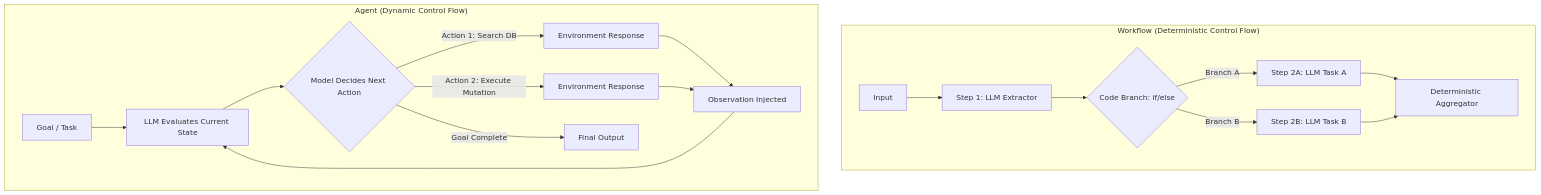
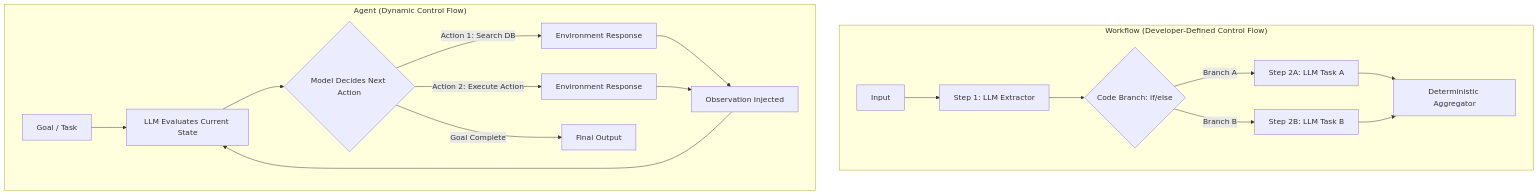
The fourth of 14 diagrams in module-01-agentic-ai-foundations/content/01-from-generative-ai-to-agentic-control-loops.md (sivaskm/agentic-ai-engineering), drawn with Mermaid before and after one commit. The commit also changed other lines of this file and 8 other files, not shown here.

````diff
--- a/module-01-agentic-ai-foundations/content/01-from-generative-ai-to-agentic-control-loops.md
+++ b/module-01-agentic-ai-foundations/content/01-from-generative-ai-to-agentic-control-loops.md
@@ -155,22 +177,22 @@
 ```mermaid
 graph TD
-    subgraph Workflow ["Workflow (Deterministic Control Flow)"]
+    subgraph Workflow ["Workflow (Developer-Defined Control Flow)"]
         W1[Input] --> W2[Step 1: LLM Extractor]
         W2 --> W3{Code Branch: if/else}
         W3 -->|Branch A| W4[Step 2A: LLM Task A]
         W3 -->|Branch B| W5[Step 2B: LLM Task B]
         W4 --> W6[Deterministic Aggregator]
         W5 --> W6
     end
 
     subgraph Agent ["Agent (Dynamic Control Flow)"]
         A1[Goal / Task] --> A2[LLM Evaluates Current State]
         A2 --> A3{Model Decides Next Action}
         A3 -->|Action 1: Search DB| A4[Environment Response]
         A4 --> A5[Observation Injected]
         A5 --> A2
-        A3 -->|Action 2: Execute Mutation| A6[Environment Response]
+        A3 -->|Action 2: Execute Action| A6[Environment Response]
         A6 --> A5
         A3 -->|Goal Complete| A7[Final Output]
     end
 ```
````
